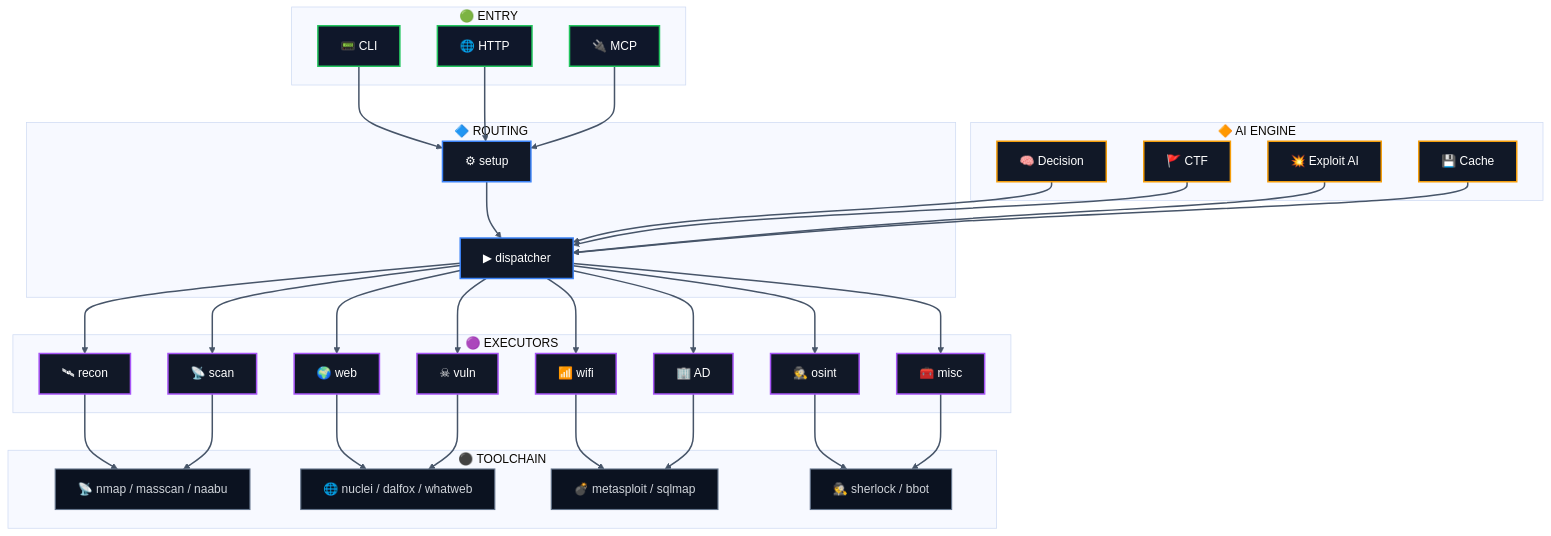
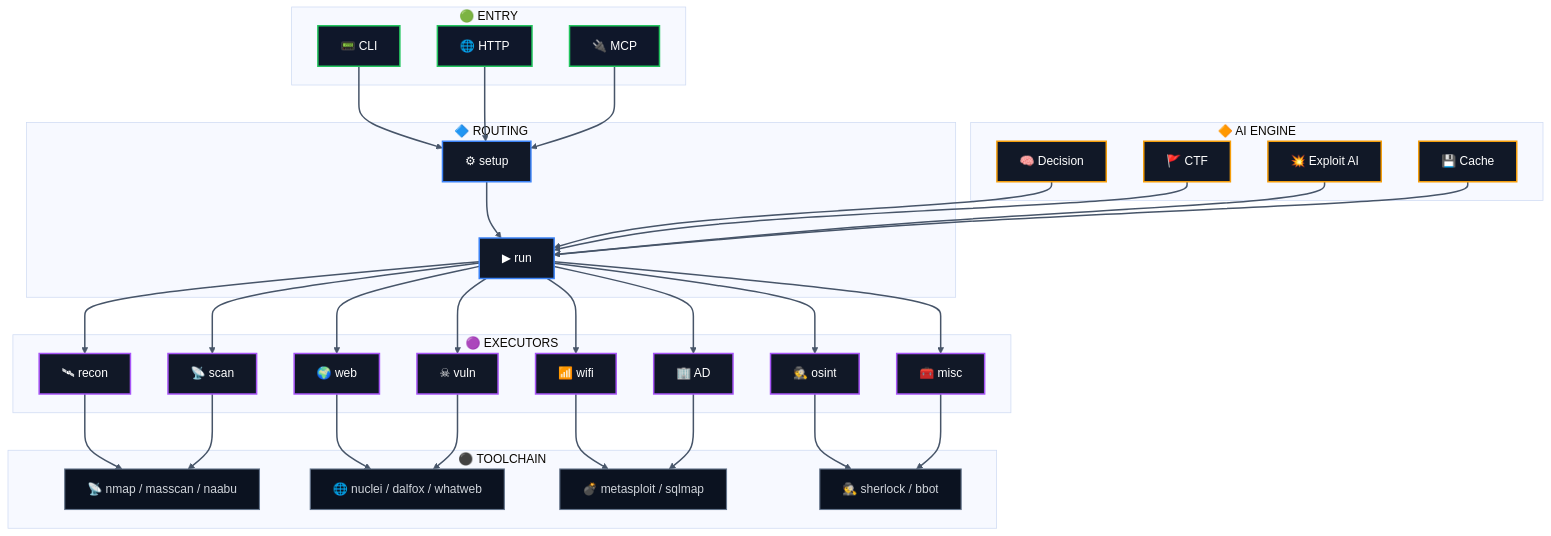
Before and after one commit to VhaTer/hexstrike-ai-community-edition: the diagram in README.md, drawn with Mermaid (base theme).

Commit message:
refactor: compact ROUTING subgraph layout

````diff
--- a/README.md
+++ b/README.md
@@ -9,78 +9,76 @@
 ```mermaid
 flowchart TB
 
 classDef entry fill:#0f172a,stroke:#22c55e,stroke-width:2px,color:#ffffff
 classDef routing fill:#111827,stroke:#3b82f6,stroke-width:2px,color:#ffffff
 classDef engine fill:#111827,stroke:#f59e0b,stroke-width:2px,color:#ffffff
 classDef exec fill:#111827,stroke:#a855f7,stroke-width:2px,color:#ffffff
 classDef tools fill:#0b1220,stroke:#64748b,stroke-width:1.5px,color:#d1d5db
 
 linkStyle default stroke:#475569,stroke-width:2px
 
 subgraph ENTRY["🟢 ENTRY"]
     cli["📟 CLI"]
     http["🌐 HTTP"]
     mcp["🔌 MCP"]
 end
 
 subgraph ROUTE["🔷 ROUTING"]
-    setup["⚙ setup"]
-    runner["▶ dispatcher"]
+    setup["⚙ setup"] --> runner["▶ run"]
 end
 
 subgraph AI["🔶 AI ENGINE"]
     ide["🧠 Decision"]
     ctf["🚩 CTF"]
     exploit["💥 Exploit AI"]
     cache["💾 Cache"]
 end
 
 subgraph EXEC["🟣 EXECUTORS"]
     recon["🛰 recon"]
     scan["📡 scan"]
     web["🌍 web"]
     vuln["☠ vuln"]
     wifi["📶 wifi"]
     ad["🏢 AD"]
     osint["🕵 osint"]
     misc["🧰 misc"]
 end
 
 subgraph TOOLS["⚫ TOOLCHAIN"]
     net["📡 nmap / masscan / naabu"]
     webt["🌐 nuclei / dalfox / whatweb"]
     exp["💣 metasploit / sqlmap"]
     rect["🕵 sherlock / bbot"]
 end
 
 cli --> setup
 http --> setup
 mcp --> setup
-setup --> runner
 ide --> runner
 ctf --> runner
 exploit --> runner
 cache --> runner
 runner --> recon
 runner --> scan
 runner --> web
 runner --> vuln
 runner --> wifi
 runner --> ad
 runner --> osint
 runner --> misc
 recon --> net
 scan --> net
 web --> webt
 vuln --> webt
 wifi --> exp
 ad --> exp
 osint --> rect
 misc --> rect
 
 class cli,http,mcp entry
 class setup,runner routing
 class ide,ctf,exploit,cache engine
 class recon,scan,web,vuln,wifi,ad,osint,misc exec
 class net,webt,exp,rect tools
 ```
````
